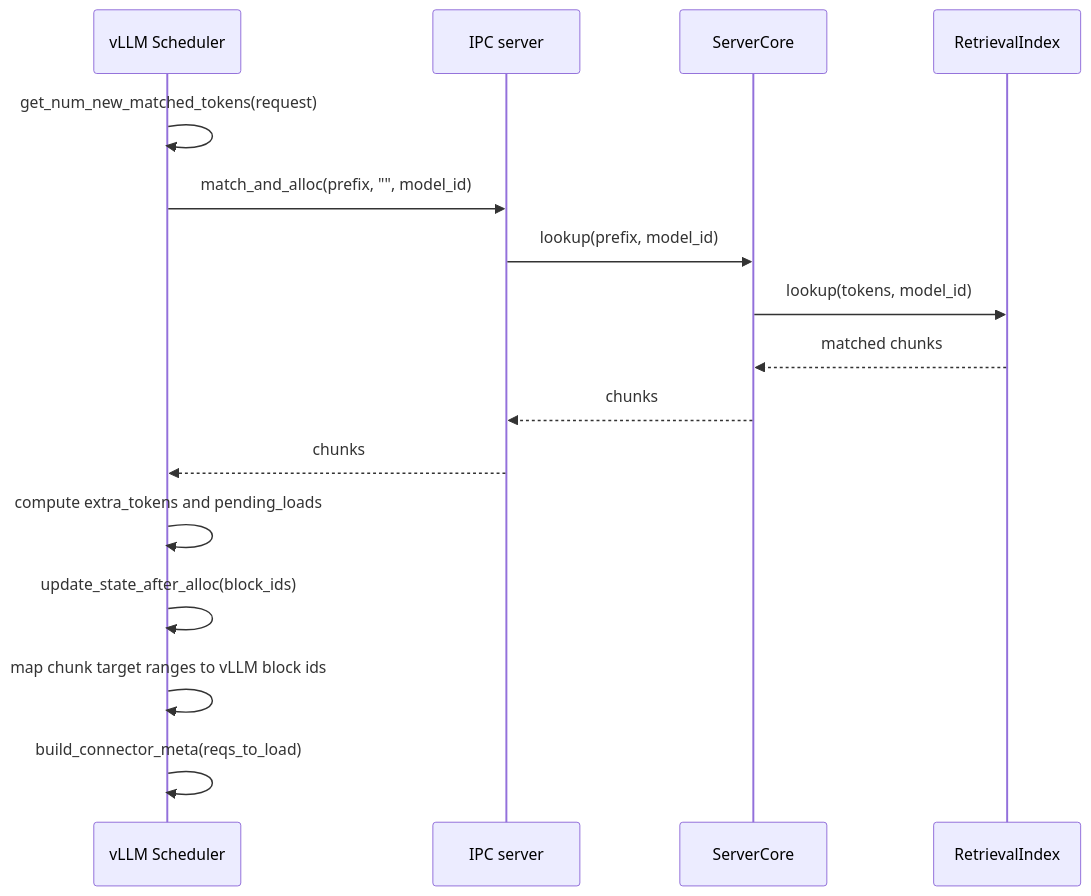
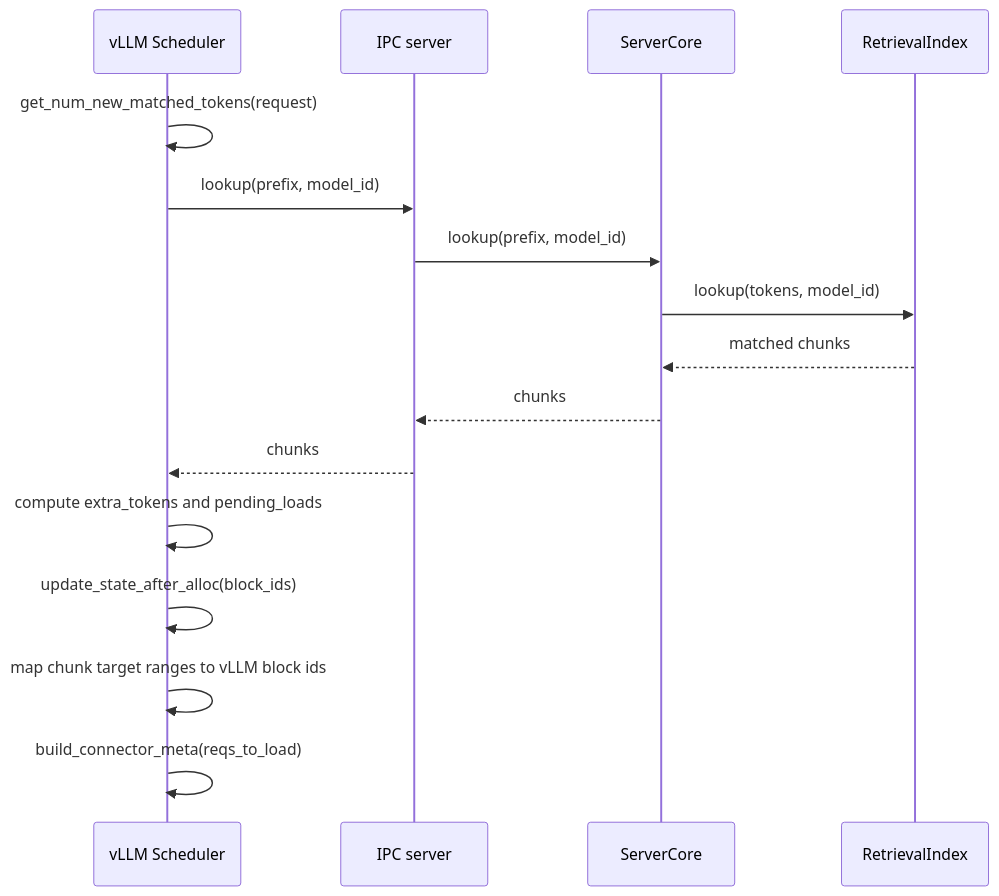
Before and after one commit to GentleCold/DaseR: the sixth of 8 diagrams in docs/design/flows.md, drawn with Mermaid. The commit also changed other lines of this file and 11 other files, not shown here.

First line of the commit message:
refactor(server): remove match-and-alloc rpc

````diff
--- a/docs/design/flows.md
+++ b/docs/design/flows.md
@@ -152,19 +152,19 @@
 ```mermaid
 sequenceDiagram
     participant S as vLLM Scheduler
     participant IPC as IPC server
     participant C as ServerCore
     participant RI as RetrievalIndex
 
     S->>S: get_num_new_matched_tokens(request)
-    S->>IPC: match_and_alloc(prefix, "", model_id)
+    S->>IPC: lookup(prefix, model_id)
     IPC->>C: lookup(prefix, model_id)
     C->>RI: lookup(tokens, model_id)
     RI-->>C: matched chunks
     C-->>IPC: chunks
     IPC-->>S: chunks
     S->>S: compute extra_tokens and pending_loads
     S->>S: update_state_after_alloc(block_ids)
     S->>S: map chunk target ranges to vLLM block ids
     S->>S: build_connector_meta(reqs_to_load)
 ```
````
